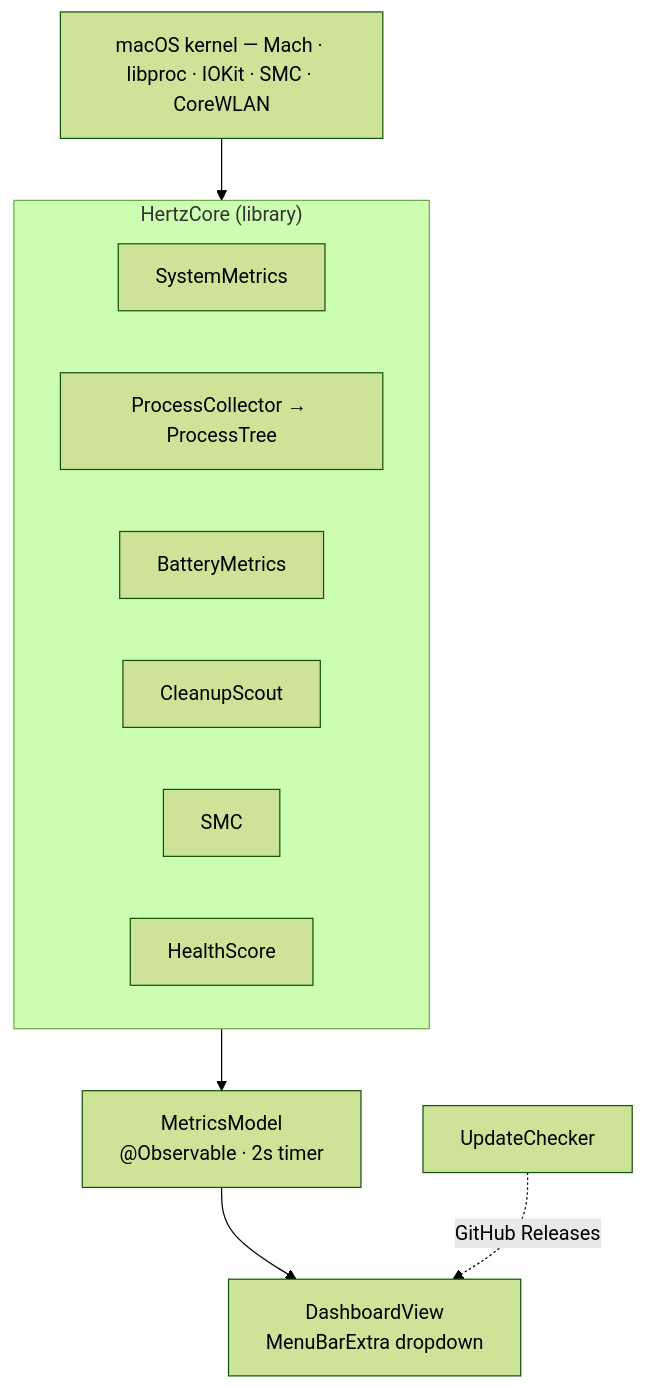
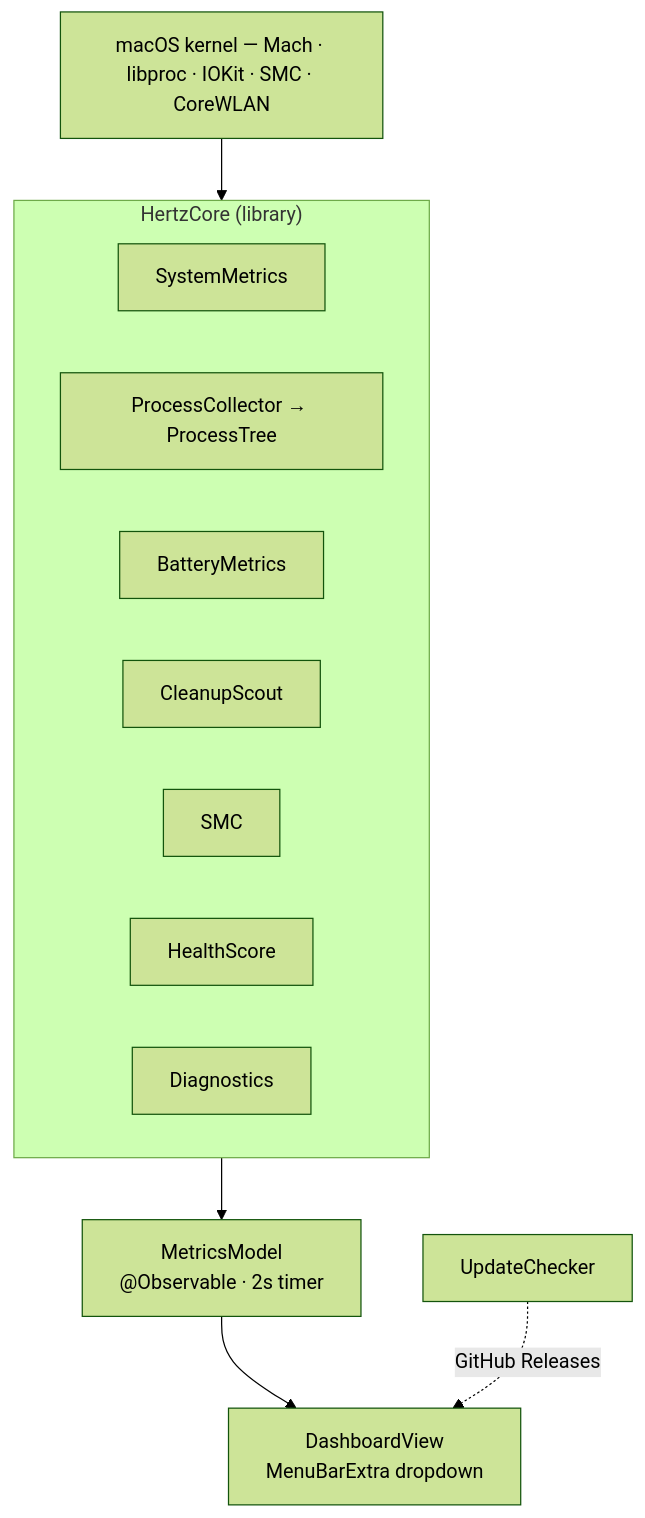
The second of 5 diagrams in ARCHITECTURE.md (openappshq/openapps), drawn with Mermaid (forest theme) before and after one commit. The commit also changed other lines of this file and 5 other files, not shown here.

````diff
--- a/ARCHITECTURE.md
+++ b/ARCHITECTURE.md
@@ -37,22 +37,23 @@
 ```mermaid
 flowchart TB
     kernel["macOS kernel — Mach · libproc · IOKit · SMC · CoreWLAN"]
 
     subgraph core["HertzCore (library)"]
         sys["SystemMetrics"]
         proc["ProcessCollector → ProcessTree"]
         bat["BatteryMetrics"]
         clean["CleanupScout"]
         smc["SMC"]
         health["HealthScore"]
+        diag["Diagnostics"]
     end
 
     model["MetricsModel<br/>@Observable · 2s timer"]
     view["DashboardView<br/>MenuBarExtra dropdown"]
     upd["UpdateChecker"]
 
     kernel --> core
     core --> model
     model --> view
     upd -.->|GitHub Releases| view
 ```
````
